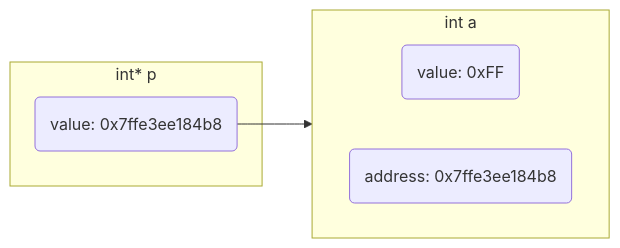
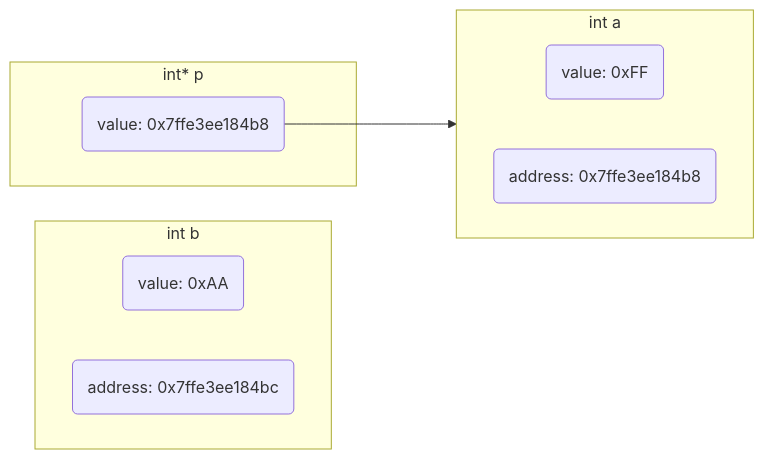
One commit to dmjcb/dmjcb.github.io changed the fourth of 11 diagrams in _posts/language/c_c++/pointer/2022-01-08-指针.md. Above: the diagram before and after it, drawn with Mermaid. The commit also changed other lines of this file and 9 other files, not shown here.

````diff
--- a/_posts/language/c_c++/pointer/2022-01-08-指针.md
+++ b/_posts/language/c_c++/pointer/2022-01-08-指针.md
@@ -145,12 +141,18 @@
 ```mermaid
 graph LR;
+    subgraph S3[int b]
+        direction LR
+        V3(value: 0xAA)
+        A3(address: 0x7ffe3ee184bc)
+    end
     subgraph S1[int a]
         direction LR
         V2(value: 0xFF)
         A2(address: 0x7ffe3ee184b8)
     end
     subgraph S2[int* p]
         V1(value: 0x7ffe3ee184b8)
     end
-    V1-->A2
+    V1--->A2
+    
 ```
````
